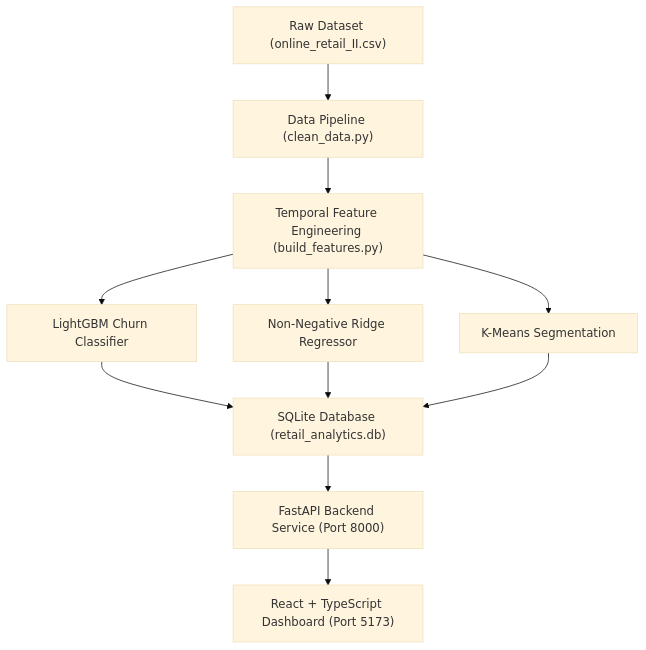
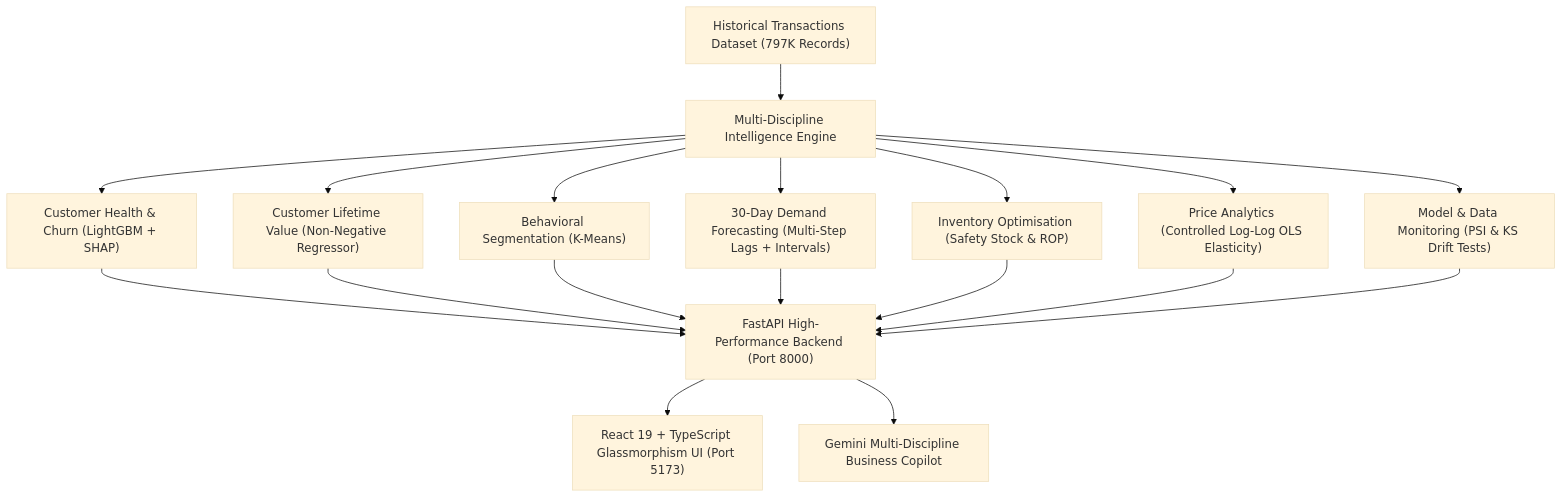
One commit to itsmeakarshan/retail-customer-intelligence-platform changed the diagram in README.md. Above: the diagram before and after it, drawn with Mermaid (base theme). The commit also changed other lines of this file and 672 other files, not shown here.

````diff
--- a/README.md
+++ b/README.md
@@ -24,11 +11,16 @@
 ```mermaid
 graph TD
-    A["Raw Dataset (online_retail_II.csv)"] --> B["Data Pipeline (clean_data.py)"]
-    B --> C["Temporal Feature Engineering (build_features.py)"]
-    C --> D1["LightGBM Churn Classifier"]
-    C --> D2["Non-Negative Ridge Regressor"]
-    C --> D3["K-Means Segmentation"]
-    D1 & D2 & D3 --> E["SQLite Database (retail_analytics.db)"]
-    E --> F["FastAPI Backend Service (Port 8000)"]
-    F --> G["React + TypeScript Dashboard (Port 5173)"]
+    A["Historical Transactions Dataset (797K Records)"] --> B["Multi-Discipline Intelligence Engine"]
+    
+    B --> C1["Customer Health & Churn (LightGBM + SHAP)"]
+    B --> C2["Customer Lifetime Value (Non-Negative Regressor)"]
+    B --> C3["Behavioral Segmentation (K-Means)"]
+    B --> C4["30-Day Demand Forecasting (Multi-Step Lags + Intervals)"]
+    B --> C5["Inventory Optimisation (Safety Stock & ROP)"]
+    B --> C6["Price Analytics (Controlled Log-Log OLS Elasticity)"]
+    B --> C7["Model & Data Monitoring (PSI & KS Drift Tests)"]
+    
+    C1 & C2 & C3 & C4 & C5 & C6 & C7 --> D["FastAPI High-Performance Backend (Port 8000)"]
+    D --> E["React 19 + TypeScript Glassmorphism UI (Port 5173)"]
+    D --> F["Gemini Multi-Discipline Business Copilot"]
 ```
````
